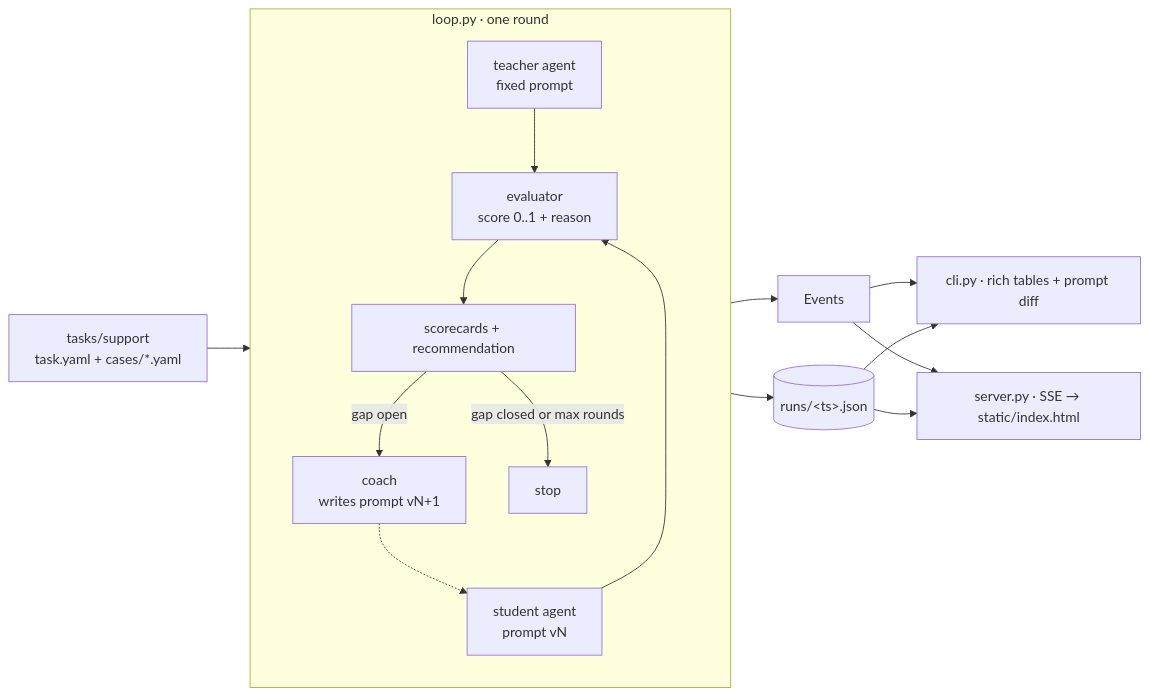
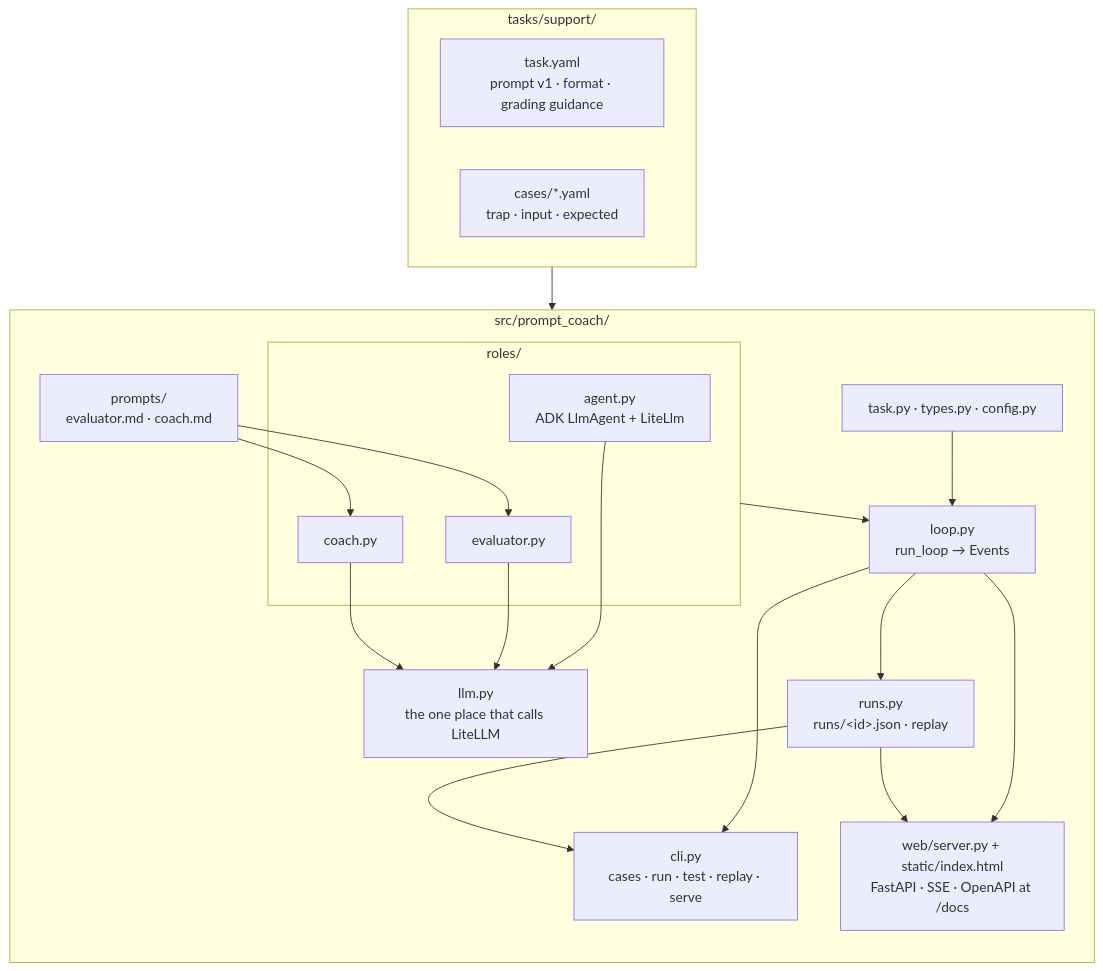
The third of 3 diagrams in README.md (komodorio/hello-world-continual-learning), drawn with Mermaid before and after one commit. The commit also changed other lines of this file and 23 other files, not shown here.

Commit message:
Restructure: llm.py, roles/, runs.py, web/, prompts/ package; ruff + CI; mermaid diagrams and layout in README; design notes and blog kept out of the repo

````diff
--- a/README.md
+++ b/README.md
@@ -74,19 +116,30 @@
 ```mermaid
-flowchart LR
-    T[tasks/support<br/>task.yaml + cases/*.yaml] --> L
-    subgraph L[loop.py · one round]
+flowchart TB
+    subgraph task["tasks/support/"]
+        TY[task.yaml<br/>prompt v1 · format · grading guidance]
+        CS[cases/*.yaml<br/>trap · input · expected]
+    end
+    subgraph pkg["src/prompt_coach/"]
         direction TB
-        A1[teacher agent<br/>fixed prompt] --> J[evaluator<br/>score 0..1 + reason]
-        A2[student agent<br/>prompt vN] --> J
-        J --> S[scorecards + recommendation]
-        S -->|gap open| C[coach<br/>writes prompt vN+1]
-        S -->|gap closed or max rounds| X[stop]
+        TK[task.py · types.py · config.py]
+        LLM[llm.py<br/>the one place that calls LiteLLM]
+        subgraph roles["roles/"]
+            AG[agent.py<br/>ADK LlmAgent + LiteLlm]
+            EV[evaluator.py]
+            CO[coach.py]
+        end
+        PR[prompts/<br/>evaluator.md · coach.md]
+        LP[loop.py<br/>run_loop → Events]
+        RN[runs.py<br/>runs/&lt;id&gt;.json · replay]
+        CLI[cli.py<br/>cases · run · test · replay · serve]
+        WEB[web/server.py + static/index.html<br/>FastAPI · SSE · OpenAPI at /docs]
     end
-    C -.-> A2
-    L --> E[Events]
-    E --> CLI[cli.py · rich tables + prompt diff]
-    E --> SRV[server.py · SSE → static/index.html]
-    L --> R[(runs/&lt;ts&gt;.json)]
-    R --> CLI
-    R --> SRV
+    task --> TK --> LP
+    AG & EV & CO --> LLM
+    PR --> EV & CO
+    roles --> LP
+    LP --> RN
+    LP --> CLI
+    LP --> WEB
+    RN --> CLI & WEB
 ```
````
